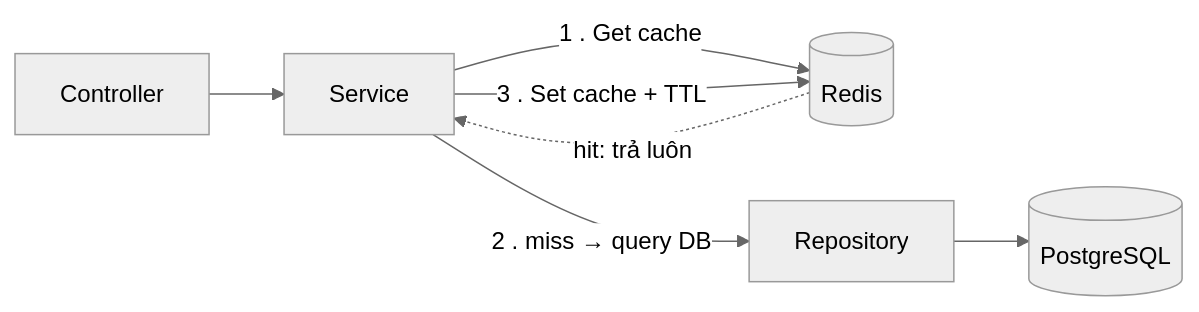
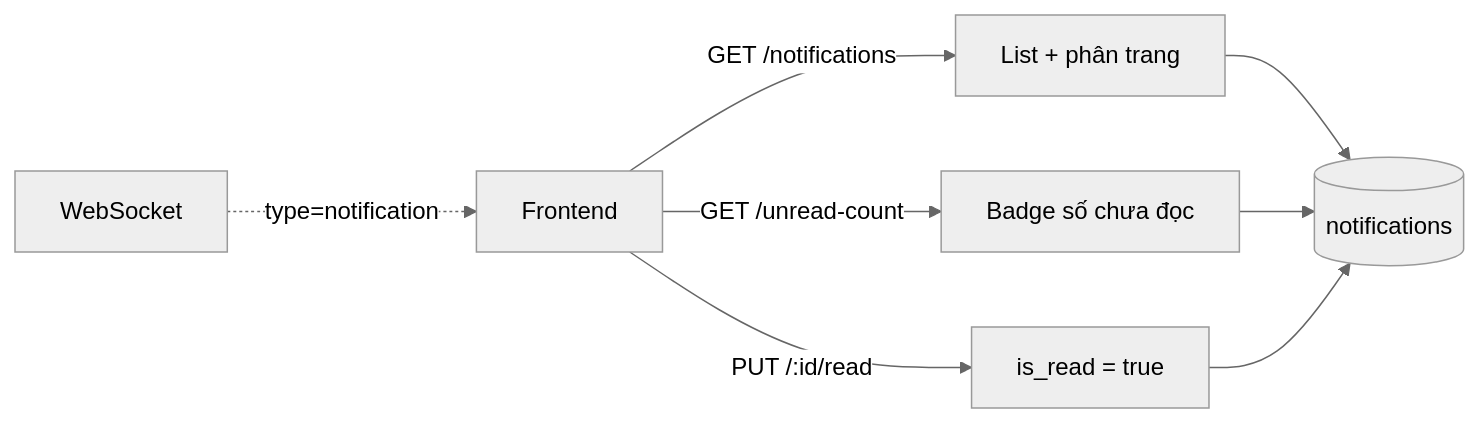
One commit to thanhncTeecom/View-Document-Readme changed the fourth of 6 diagrams in README.md. Above: the diagram before and after it, drawn with Mermaid (neutral theme). The commit also changed other lines of this file, not shown here.

````diff
--- a/README.md
+++ b/README.md
@@ -22,9 +143,10 @@
 ```mermaid
 flowchart LR
-    C[Controller] --> S[Service]
-    S -->|1 . Get cache| R[(Redis)]
-    R -.->|hit: trả luôn| S
-    S -->|2 . miss → query DB| Repo[Repository]
-    Repo --> DB[(PostgreSQL)]
-    S -->|3 . Set cache + TTL| R
+    FE[Frontend] -->|GET /notifications| L[List + phân trang]
+    FE -->|GET /unread-count| B[Badge số chưa đọc]
+    FE -->|PUT /:id/read| R[is_read = true]
+    WS[WebSocket] -.->|type=notification| FE
+    L --> DB[(notifications)]
+    B --> DB
+    R --> DB
 ```
````
